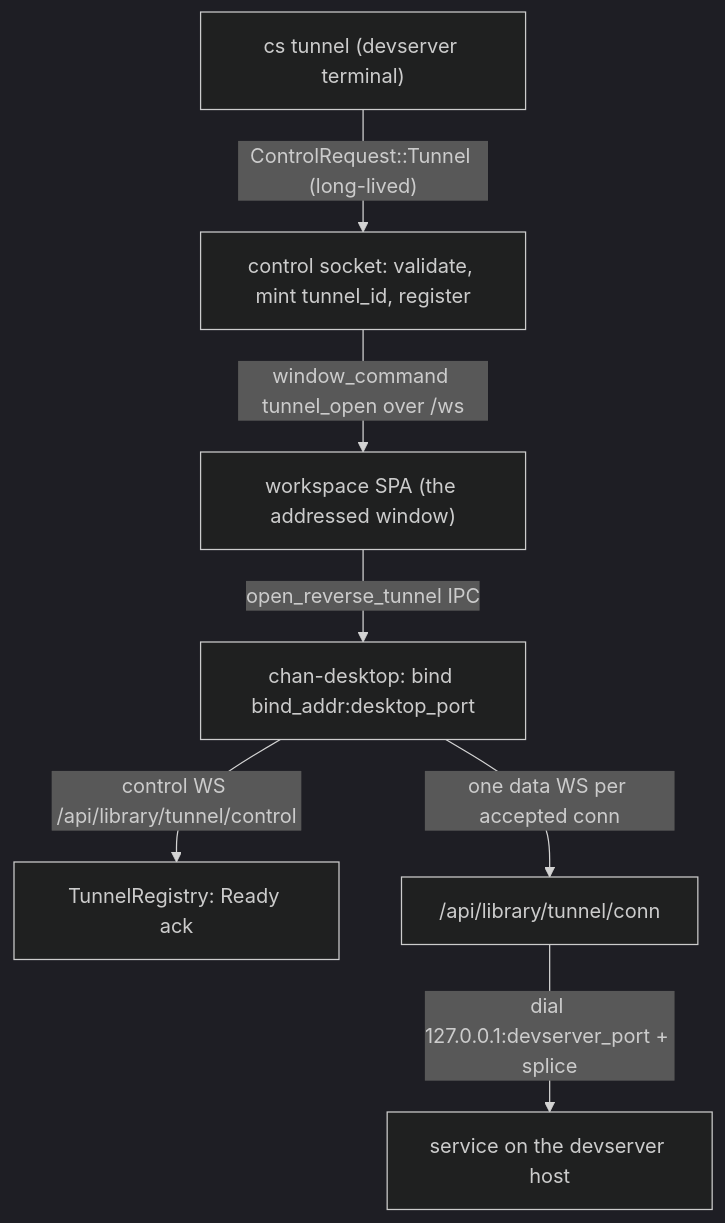
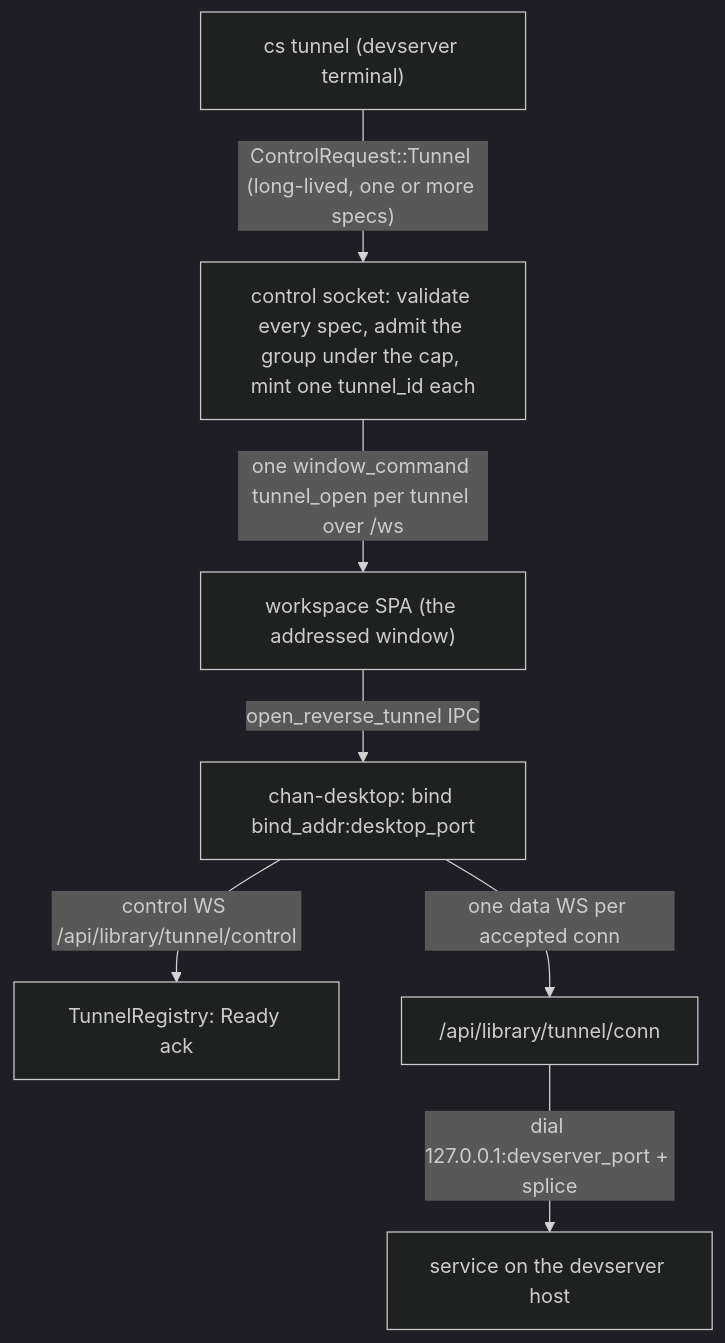
The diagram in crates/chan-revtunnel/design.md (fiorix/chan), drawn with Mermaid (dark theme) before and after one commit. The commit also changed other lines of this file and 20 other files, not shown here.

````diff
--- a/crates/chan-revtunnel/design.md
+++ b/crates/chan-revtunnel/design.md
@@ -13,9 +13,9 @@
 ```mermaid
 flowchart TB
-  CS["cs tunnel (devserver terminal)"] -->|"ControlRequest::Tunnel (long-lived)"| SOCK["control socket: validate, mint tunnel_id, register"]
-  SOCK -->|"window_command tunnel_open over /ws"| SPA["workspace SPA (the addressed window)"]
+  CS["cs tunnel (devserver terminal)"] -->|"ControlRequest::Tunnel (long-lived, one or more specs)"| SOCK["control socket: validate every spec, admit the group under the cap, mint one tunnel_id each"]
+  SOCK -->|"one window_command tunnel_open per tunnel over /ws"| SPA["workspace SPA (the addressed window)"]
   SPA -->|"open_reverse_tunnel IPC"| DT["chan-desktop: bind bind_addr:desktop_port"]
   DT -->|"control WS /api/library/tunnel/control"| REG["TunnelRegistry: Ready ack"]
   DT -->|"one data WS per accepted conn"| CONN["/api/library/tunnel/conn"]
   CONN -->|"dial 127.0.0.1:devserver_port + splice"| SVC["service on the devserver host"]
 ```
````
